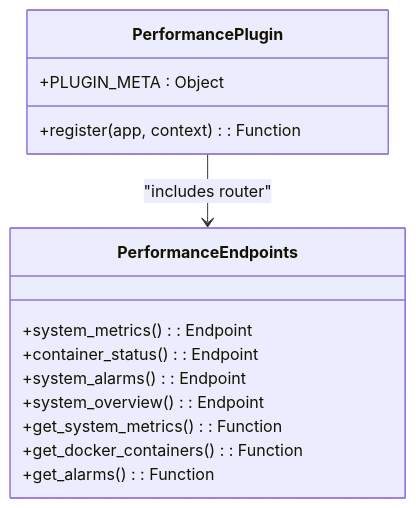
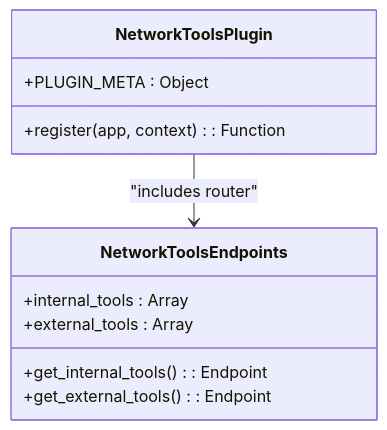
Before and after one commit to Nikita5543/New-SSO-02: the fourth of 11 diagrams in .qoder/repowiki/en/content/Plugin System Architecture/Frontend Plugin Integration.md, drawn with Mermaid. The commit also changed other lines of this file and 6 other files, not shown here.

Commit message:
Add EvaTeam to Internal Tools Systems

````diff
--- a/.qoder/repowiki/en/content/Plugin System Architecture/Frontend Plugin Integration.md
+++ b/.qoder/repowiki/en/content/Plugin System Architecture/Frontend Plugin Integration.md
@@ -223,17 +243,14 @@
 ```mermaid
 classDiagram
-class PerformancePlugin {
+class NetworkToolsPlugin {
 +PLUGIN_META : Object
 +register(app, context) : Function
 }
-class PerformanceEndpoints {
-+system_metrics() : Endpoint
-+container_status() : Endpoint
-+system_alarms() : Endpoint
-+system_overview() : Endpoint
-+get_system_metrics() : Function
-+get_docker_containers() : Function
-+get_alarms() : Function
+class NetworkToolsEndpoints {
++internal_tools : Array
++external_tools : Array
++get_internal_tools() : Endpoint
++get_external_tools() : Endpoint
 }
-PerformancePlugin --> PerformanceEndpoints : "includes router"
+NetworkToolsPlugin --> NetworkToolsEndpoints : "includes router"
 ```
````
